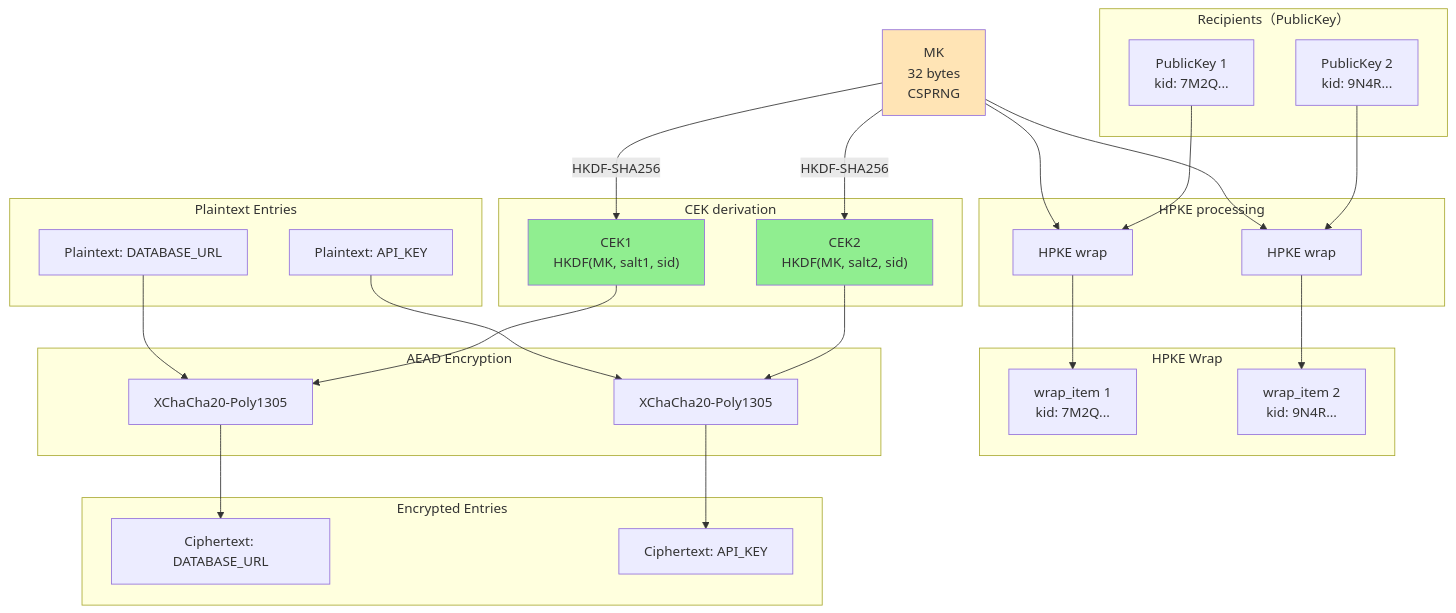
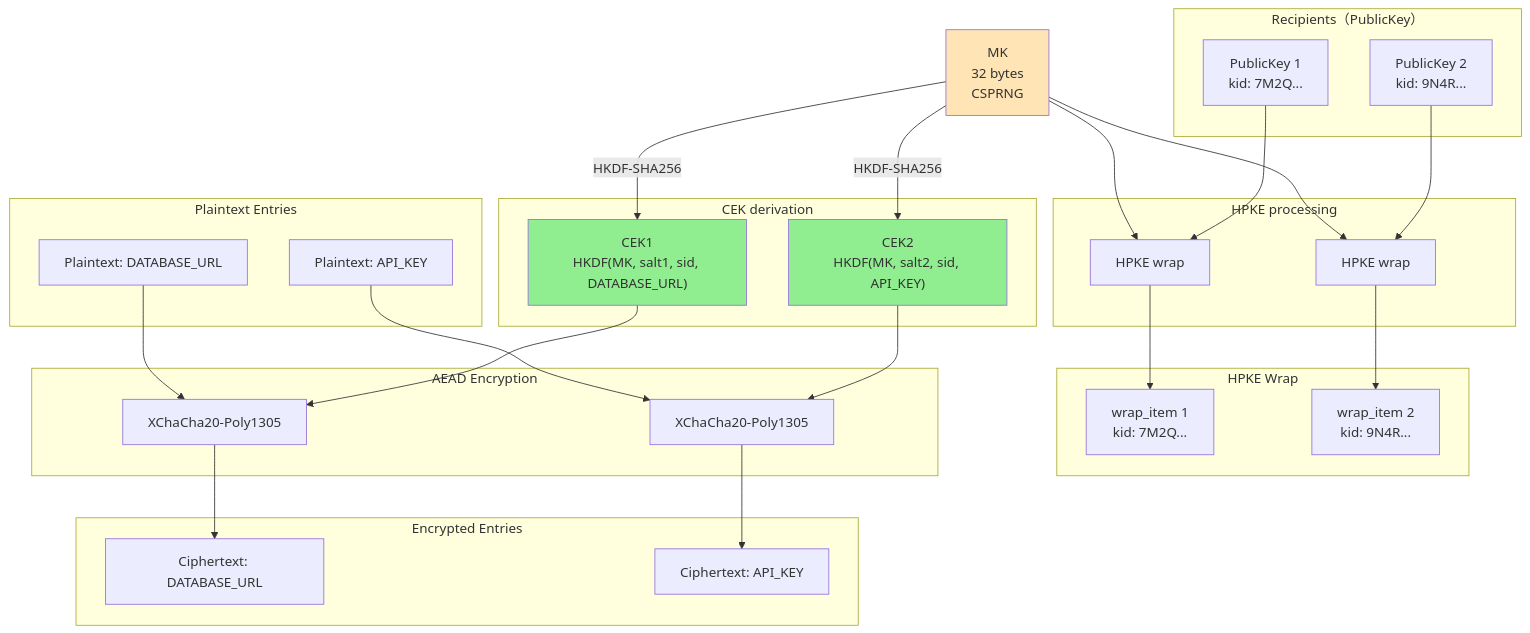
The fourth of 6 diagrams in guides/security_design_en.md (ebisawa/kapsaro), drawn with Mermaid before and after one commit. The commit also changed other lines of this file and 40 other files, not shown here.

First line of the commit message:
feat: upgrade kv-enc format to v7 with per-entry CEK key binding

````diff
--- a/guides/security_design_en.md
+++ b/guides/security_design_en.md
@@ -843,58 +843,58 @@
 ```mermaid
 graph TB
     subgraph recipients["Recipients（PublicKey）"]
         PK1["PublicKey 1<br/>kid: 7M2Q..."]
         PK2["PublicKey 2<br/>kid: 9N4R..."]
     end
 
     subgraph hpke["HPKE processing"]
         HPKE1[HPKE wrap]
         HPKE2[HPKE wrap]
     end
 
     subgraph wrap["HPKE Wrap"]
         W1["wrap_item 1<br/>kid: 7M2Q..."]
         W2["wrap_item 2<br/>kid: 9N4R..."]
     end
 
     MK["MK<br/>32 bytes<br/>CSPRNG"]
 
     subgraph cek["CEK derivation"]
-        CEK1["CEK1<br/>HKDF(MK, salt1, sid)"]
-        CEK2["CEK2<br/>HKDF(MK, salt2, sid)"]
+        CEK1["CEK1<br/>HKDF(MK, salt1, sid, DATABASE_URL)"]
+        CEK2["CEK2<br/>HKDF(MK, salt2, sid, API_KEY)"]
     end
 
     subgraph p_entries["Plaintext Entries"]
         PE1["Plaintext: DATABASE_URL"]
         PE2["Plaintext: API_KEY"]
     end
 
     subgraph aead["AEAD Encryption"]
         AEAD1["XChaCha20-Poly1305"]
         AEAD2["XChaCha20-Poly1305"]
     end
 
     subgraph entries["Encrypted Entries"]
         E1["Ciphertext: DATABASE_URL"]
         E2["Ciphertext: API_KEY"]
     end
 
     PK1 --> HPKE1
     MK --> HPKE1
     HPKE1 --> W1
     PK2 --> HPKE2
     MK --> HPKE2
     HPKE2 --> W2
     MK -->|HKDF-SHA256| CEK1
     MK -->|HKDF-SHA256| CEK2
     CEK1 --> AEAD1
     PE1 --> AEAD1
     AEAD1 --> E1
     CEK2 --> AEAD2
     PE2 --> AEAD2
     AEAD2 --> E2
 
     style MK fill:#FFE4B5
     style CEK1 fill:#90EE90
     style CEK2 fill:#90EE90
 ```
````
